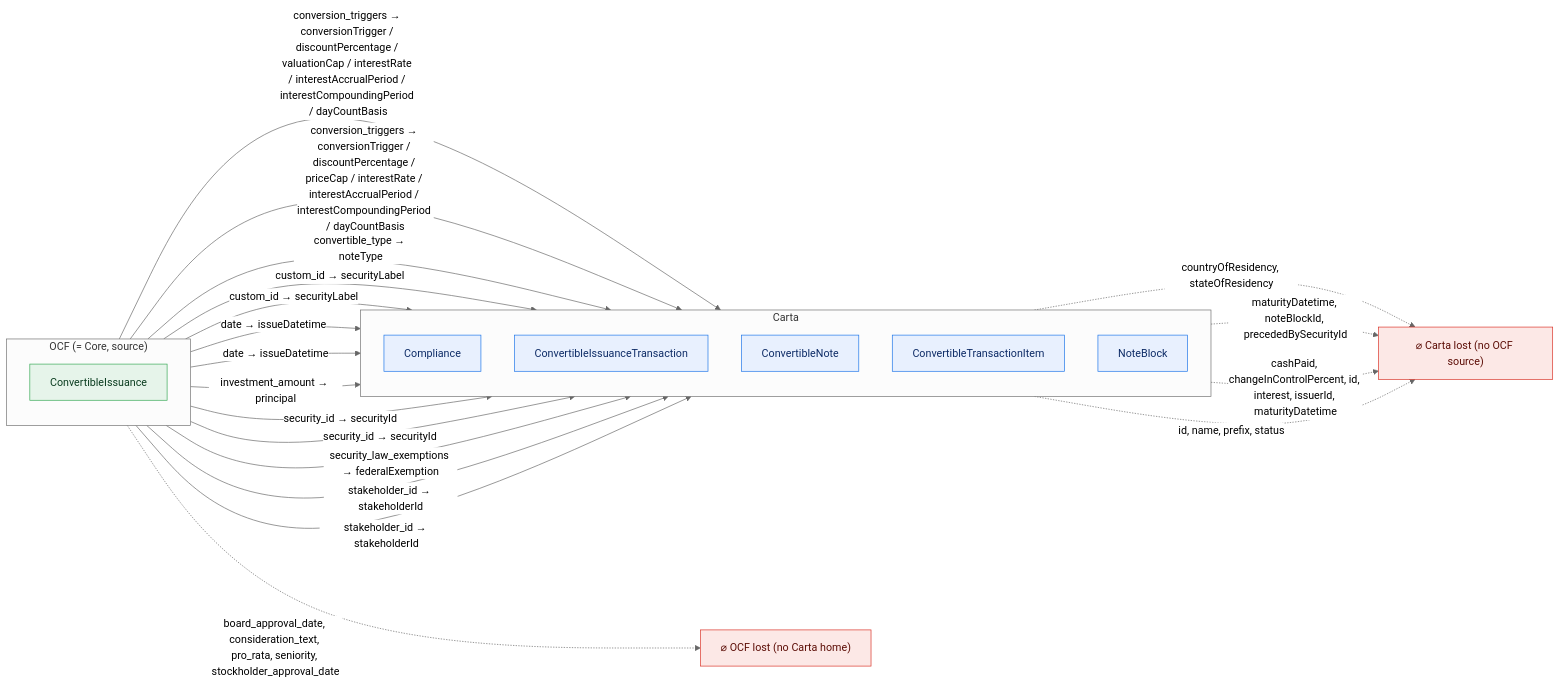
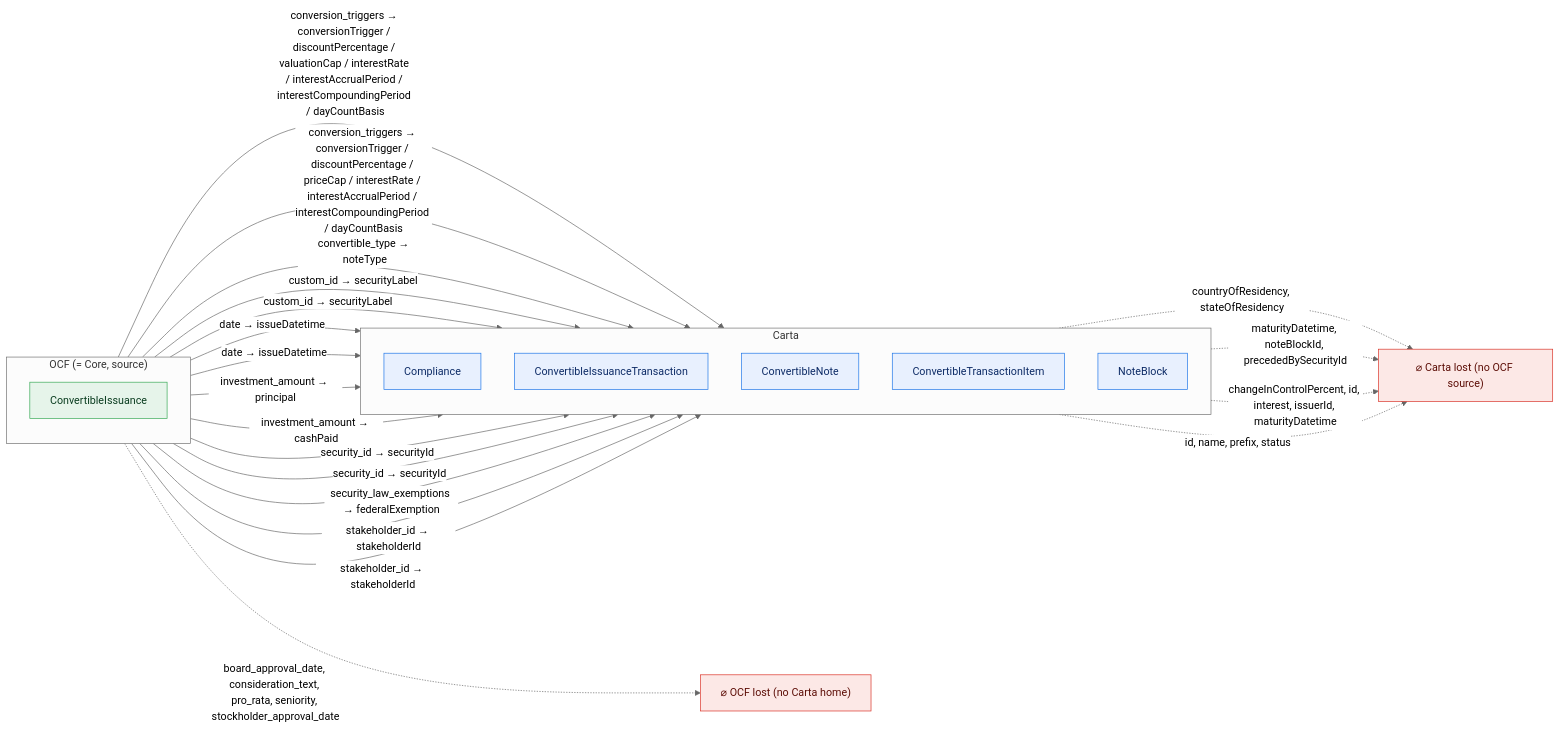
Before and after one commit to Open-Cap-Table-Coalition/OCF-Composed-Schemas: the sixth of 51 diagrams in docs/core-bidirectional-flow.md, drawn with Mermaid (neutral theme). The commit also changed other lines of this file and 37 other files, not shown here.

````diff
--- a/docs/core-bidirectional-flow.md
+++ b/docs/core-bidirectional-flow.md
@@ -330,39 +352,40 @@
 ```mermaid
 flowchart LR
   classDef adm fill:#e6f4ea,stroke:#34a853,color:#0b3d20;
   classDef notadm fill:#f1f3f4,stroke:#9aa0a6,color:#5f6368,stroke-dasharray:4 3;
   classDef carta fill:#e8f0fe,stroke:#1a73e8,color:#0d2b66;
   classDef lost fill:#fce8e6,stroke:#d93025,color:#5c0d06;
   subgraph SRC["OCF (= Core, source)"]
     direction TB
     o0["ConvertibleIssuance"]:::adm
   end
   subgraph TGT["Carta"]
     direction TB
     t0["Compliance"]:::carta
     t1["ConvertibleIssuanceTransaction"]:::carta
     t2["ConvertibleNote"]:::carta
     t3["ConvertibleTransactionItem"]:::carta
     t4["NoteBlock"]:::carta
   end
   ocflost["⌀ OCF lost (no Carta home)"]:::lost
   cartalost["⌀ Carta lost (no OCF source)"]:::lost
   o0 -->|"conversion_triggers → conversionTrigger / discountPercentage / valuationCap / interestRate / interestAccrualPeriod / interestCompoundingPeriod / dayCountBasis"| t1
   o0 -->|"conversion_triggers → conversionTrigger / discountPercentage / priceCap / interestRate / interestAccrualPeriod / interestCompoundingPeriod / dayCountBasis"| t2
   o0 -->|"convertible_type → noteType"| t4
   o0 -->|"custom_id → securityLabel"| t3
   o0 -->|"custom_id → securityLabel"| t2
   o0 -->|"date → issueDatetime"| t1
   o0 -->|"date → issueDatetime"| t2
   o0 -->|"investment_amount → principal"| t1
+  o0 -->|"investment_amount → cashPaid"| t2
   o0 -->|"security_id → securityId"| t3
   o0 -->|"security_id → securityId"| t2
   o0 -->|"security_law_exemptions → federalExemption"| t0
   o0 -->|"stakeholder_id → stakeholderId"| t3
   o0 -->|"stakeholder_id → stakeholderId"| t2
   o0 -.->|"board_approval_date, consideration_text, pro_rata, seniority, stockholder_approval_date"| ocflost
   t0 -.->|"countryOfResidency, stateOfResidency"| cartalost
   t1 -.->|"maturityDatetime, noteBlockId, precededBySecurityId"| cartalost
-  t2 -.->|"cashPaid, changeInControlPercent, id, interest, issuerId, maturityDatetime"| cartalost
+  t2 -.->|"changeInControlPercent, id, interest, issuerId, maturityDatetime"| cartalost
   t4 -.->|"id, name, prefix, status"| cartalost
 ```
````
